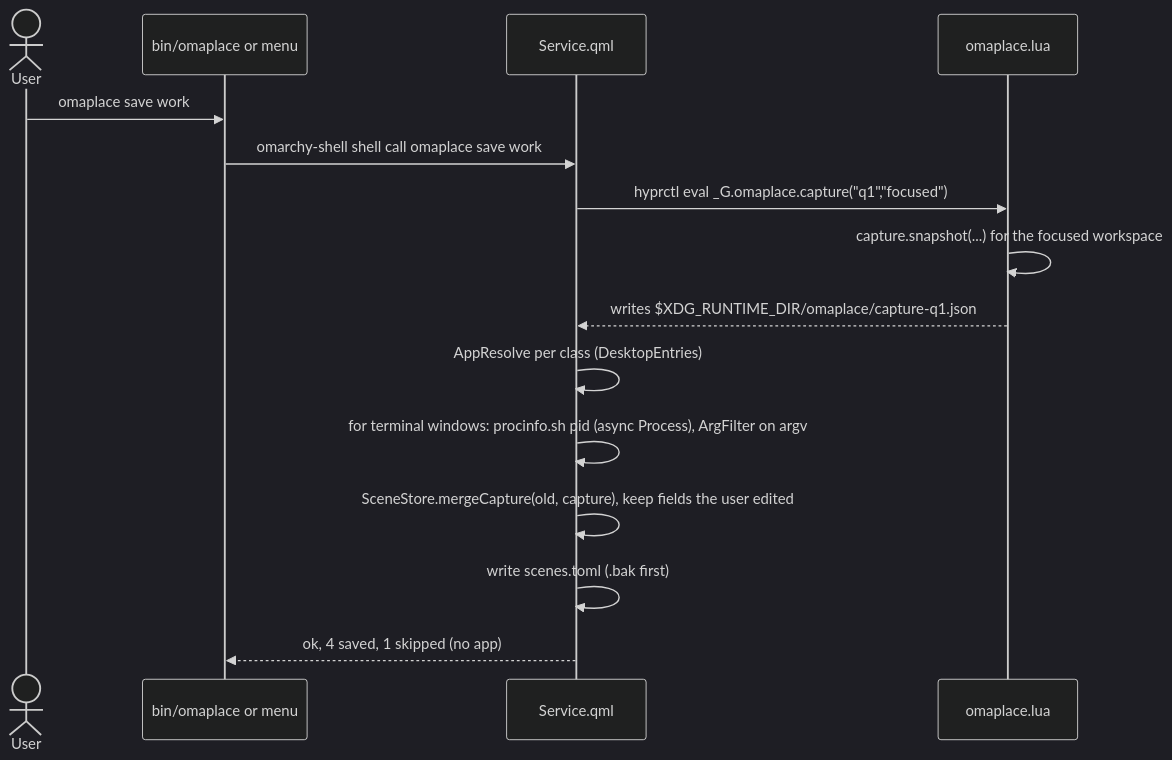
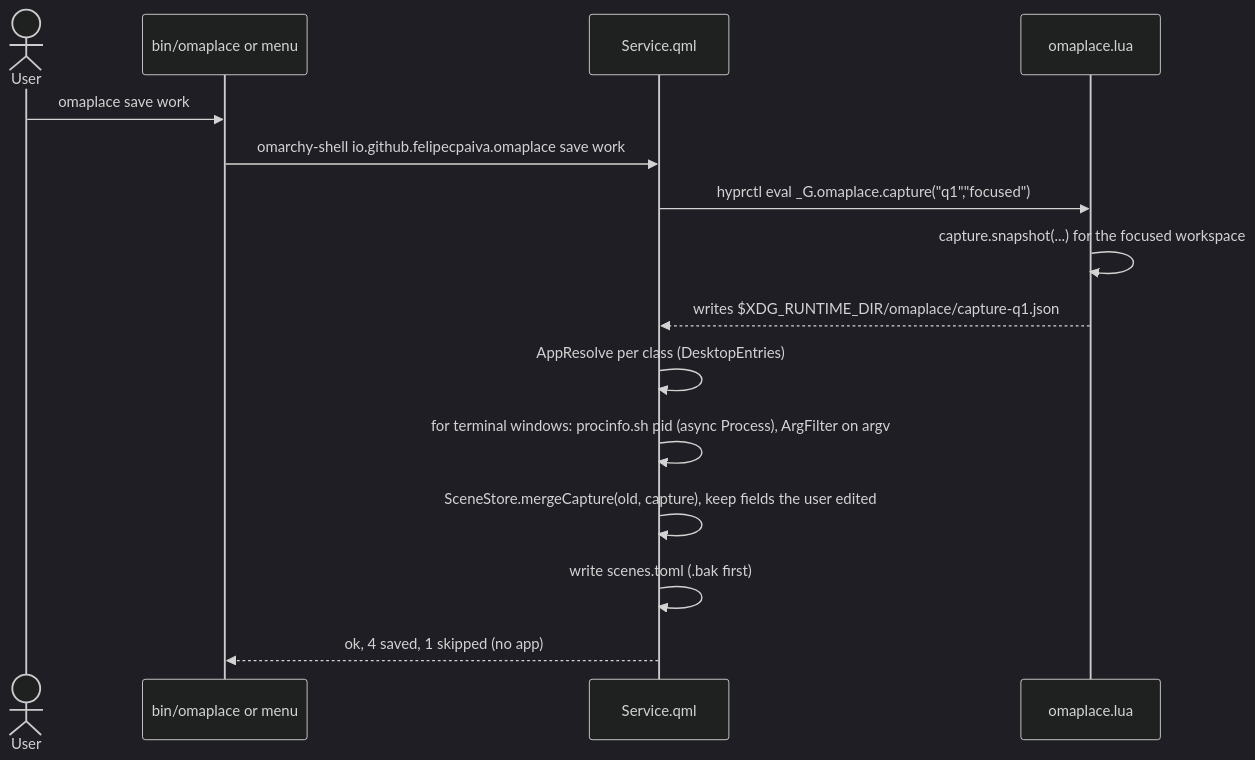
The third of 5 diagrams in docs/design.md (felipecpaiva/omaplace), drawn with Mermaid (dark theme) before and after one commit. The commit also changed other lines of this file, not shown here.

Commit message:
Design: CLI reaches the service through its own IPC target (S5)

````diff
--- a/docs/design.md
+++ b/docs/design.md
@@ -453,17 +453,17 @@
 ```mermaid
 sequenceDiagram
   actor U as User
   participant CLI as bin/omaplace or menu
   participant S as Service.qml
   participant G as omaplace.lua
   U->>CLI: omaplace save work
-  CLI->>S: omarchy-shell shell call omaplace save work
+  CLI->>S: omarchy-shell io.github.felipecpaiva.omaplace save work
   S->>G: hyprctl eval _G.omaplace.capture("q1","focused")
   G->>G: capture.snapshot(...) for the focused workspace
   G-->>S: writes $XDG_RUNTIME_DIR/omaplace/capture-q1.json
   S->>S: AppResolve per class (DesktopEntries)
   S->>S: for terminal windows: procinfo.sh pid (async Process), ArgFilter on argv
   S->>S: SceneStore.mergeCapture(old, capture), keep fields the user edited
   S->>S: write scenes.toml (.bak first)
   S-->>CLI: ok, 4 saved, 1 skipped (no app)
 ```
````
